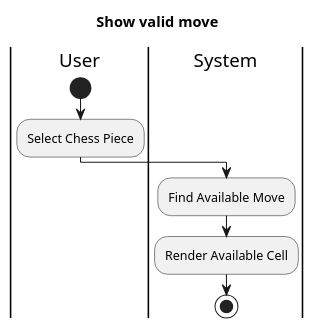
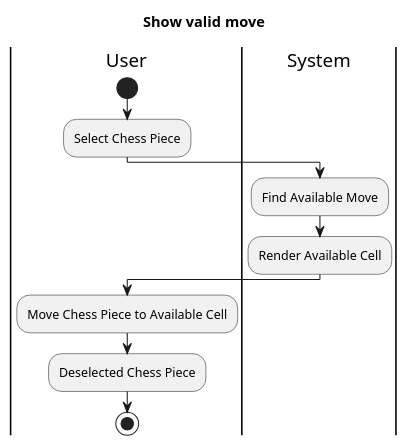
One commit to duyhq-zee1/chess-game changed the diagram in activity/show-valid-move.puml. Above: the diagram before and after it, drawn with PlantUML.

Commit message:
small fix: show valid move

```diff
--- a/activity/show-valid-move.puml
+++ b/activity/show-valid-move.puml
@@ -1,11 +1,16 @@
 @startuml "Activity diagram"
 title "Show valid move"
 |User|
 start
 :Select Chess Piece;
+
 |System|
 :Find Available Move;
 :Render Available Cell;
+
+|User|
+:Move Chess Piece to Available Cell;
+:Deselected Chess Piece;
 stop
 
 @enduml
```
